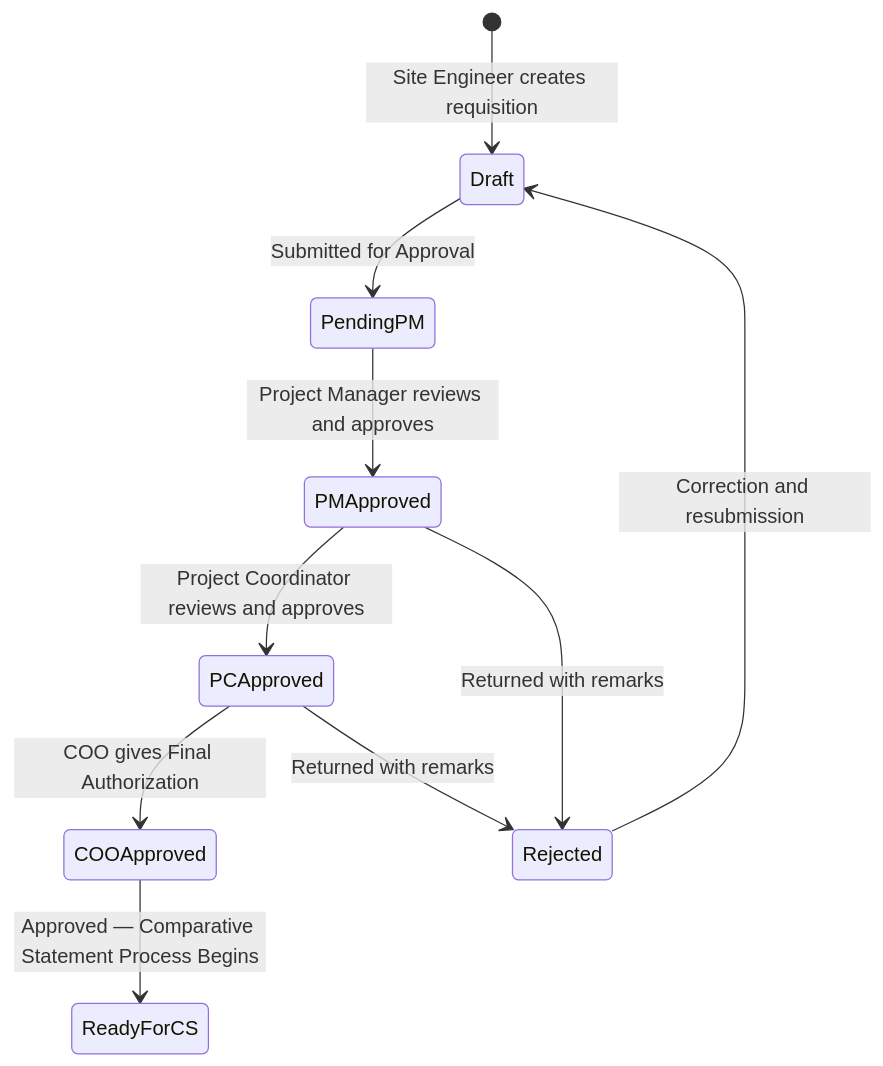
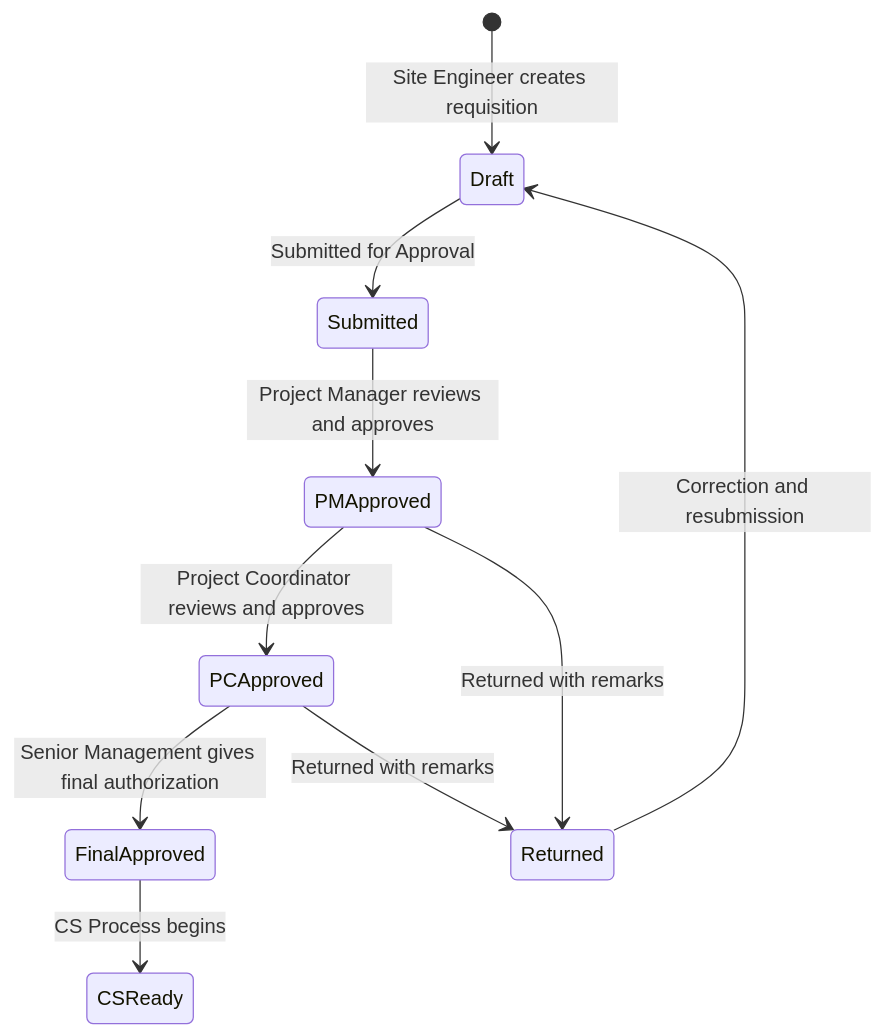
Before and after one commit to ShakhawatSakib9/Constrcution_MIS: the second of 4 diagrams in README.md, drawn with Mermaid. The commit also changed other lines of this file and 1 other file, not shown here.

Commit message:
docs: apply senior review - generic org, proper role/contribution, safe metrics, add DISCLAIMER.md, anonymize AI details

````diff
--- a/README.md
+++ b/README.md
@@ -126,12 +134,12 @@
 ```mermaid
 stateDiagram-v2
     [*] --> Draft: Site Engineer creates requisition
-    Draft --> PendingPM: Submitted for Approval
-    PendingPM --> PMApproved: Project Manager reviews and approves
+    Draft --> Submitted: Submitted for Approval
+    Submitted --> PMApproved: Project Manager reviews and approves
     PMApproved --> PCApproved: Project Coordinator reviews and approves
-    PCApproved --> COOApproved: COO gives Final Authorization
-    PMApproved --> Rejected: Returned with remarks
-    PCApproved --> Rejected: Returned with remarks
-    COOApproved --> ReadyForCS: Approved — Comparative Statement Process Begins
-    Rejected --> Draft: Correction and resubmission
+    PCApproved --> FinalApproved: Senior Management gives final authorization
+    PMApproved --> Returned: Returned with remarks
+    PCApproved --> Returned: Returned with remarks
+    FinalApproved --> CSReady: CS Process begins
+    Returned --> Draft: Correction and resubmission
 ```
````
